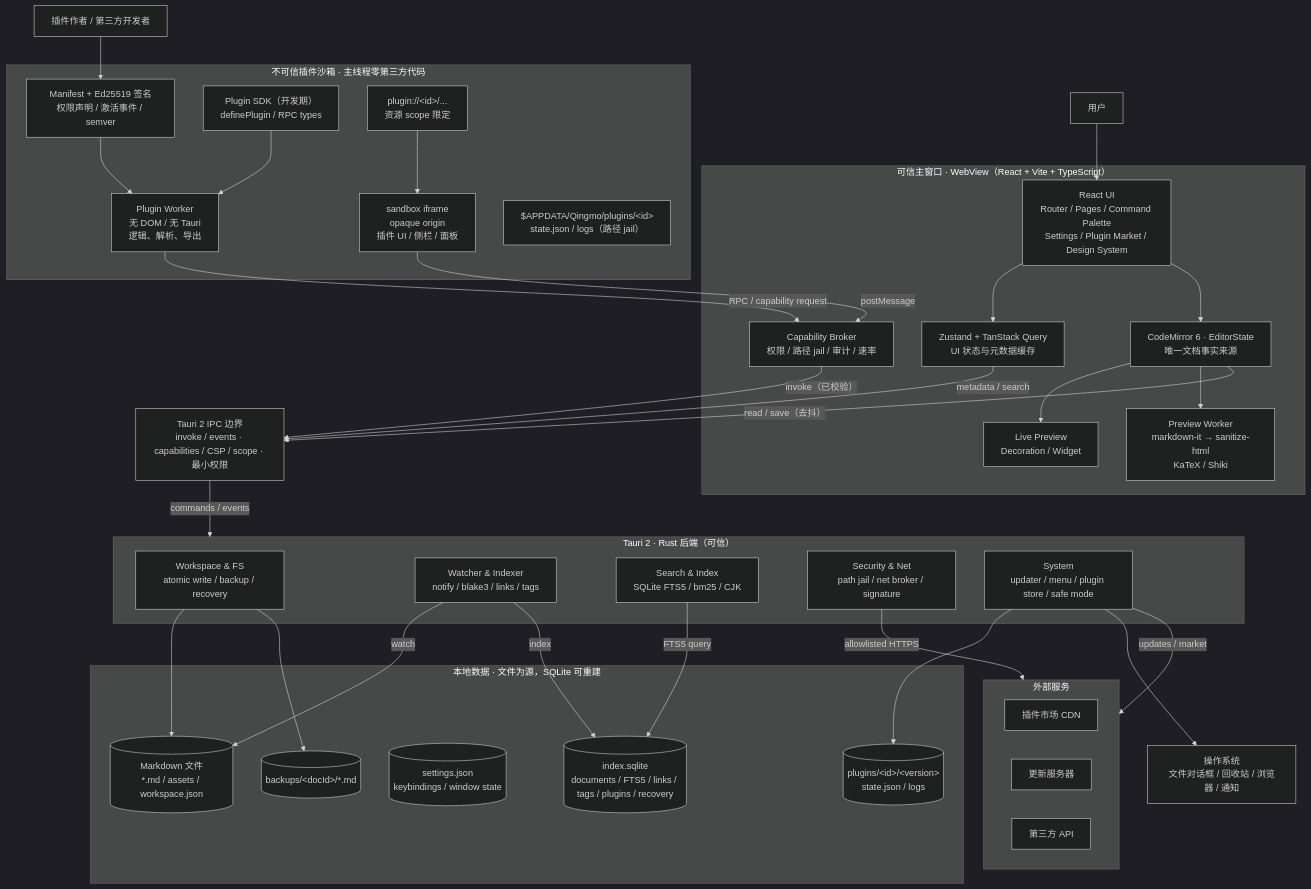
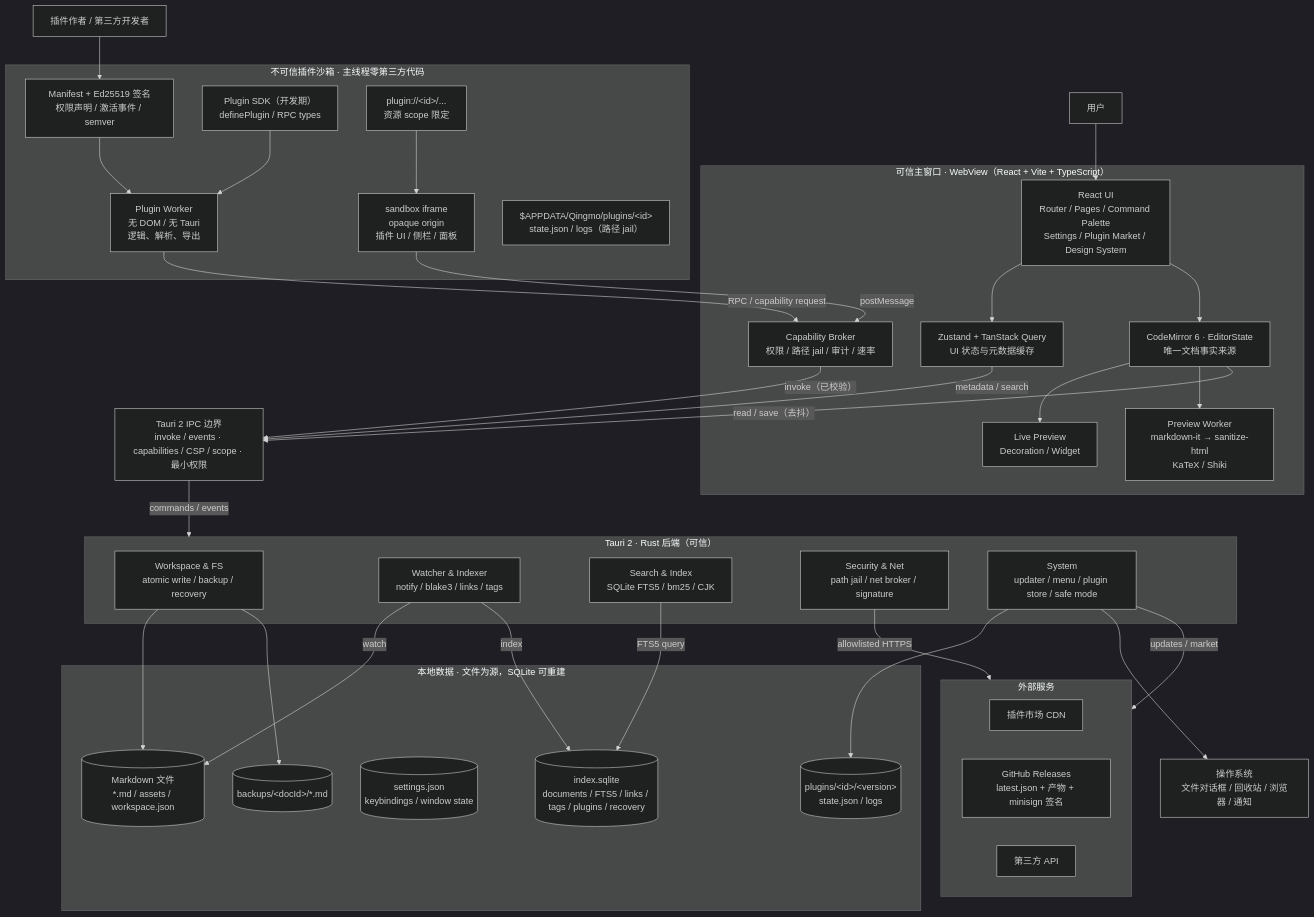
Before and after one commit to wavexzore/Qingmo: the diagram in docs/TOPOLOGY.md, drawn with Mermaid (dark theme). The commit also changed other lines of this file and 87 other files, not shown here.

````diff
--- a/docs/TOPOLOGY.md
+++ b/docs/TOPOLOGY.md
@@ -18,77 +18,77 @@
 ```mermaid
 flowchart TB
 
   subgraph TRUST["可信主窗口 · WebView（React + Vite + TypeScript）"]
     UI["React UI<br/>Router / Pages / Command Palette<br/>Settings / Plugin Market / Design System"]
     ST["Zustand + TanStack Query<br/>UI 状态与元数据缓存"]
     ED["CodeMirror 6 · EditorState<br/>唯一文档事实来源"]
     LP["Live Preview<br/>Decoration / Widget"]
     PW["Preview Worker<br/>markdown-it → sanitize-html<br/>KaTeX / Shiki"]
     BR["Capability Broker<br/>权限 / 路径 jail / 审计 / 速率"]
 
     UI --> ST
     UI --> ED
     ED --> LP
     ED --> PW
   end
 
   subgraph SAND["不可信插件沙箱 · 主线程零第三方代码"]
     WK["Plugin Worker<br/>无 DOM / 无 Tauri<br/>逻辑、解析、导出"]
     IF["sandbox iframe<br/>opaque origin<br/>插件 UI / 侧栏 / 面板"]
     MAN["Manifest + Ed25519 签名<br/>权限声明 / 激活事件 / semver"]
     SDK["Plugin SDK（开发期）<br/>definePlugin / RPC types"]
     ASSET["plugin://&lt;id&gt;/...<br/>资源 scope 限定"]
     PSTAT["$APPDATA/Qingmo/plugins/&lt;id&gt;<br/>state.json / logs（路径 jail）"]
     MAN --> WK
     SDK --> WK
     ASSET --> IF
   end
 
   WK -->|"RPC / capability request"| BR
   IF -->|"postMessage"| BR
 
   IPC["Tauri 2 IPC 边界<br/>invoke / events · capabilities / CSP / scope · 最小权限"]
 
   ED -->|"read / save（去抖）"| IPC
   ST -->|"metadata / search"| IPC
   BR -->|"invoke（已校验）"| IPC
 
   subgraph RUST["Tauri 2 · Rust 后端（可信）"]
     FS["Workspace &amp; FS<br/>atomic write / backup / recovery"]
     WATCH["Watcher &amp; Indexer<br/>notify / blake3 / links / tags"]
     SEARCH["Search &amp; Index<br/>SQLite FTS5 / bm25 / CJK"]
     NET["Security &amp; Net<br/>path jail / net broker / signature"]
     SYS["System<br/>updater / menu / plugin store / safe mode"]
   end
 
   IPC -->|"commands / events"| RUST
 
   subgraph DATA["本地数据 · 文件为源，SQLite 可重建"]
     MD[("Markdown 文件<br/>*.md / assets / workspace.json")]
     DB[("index.sqlite<br/>documents / FTS5 / links / tags / plugins / recovery")]
     CFG[("settings.json<br/>keybindings / window state")]
     PD[("plugins/&lt;id&gt;/&lt;version&gt;<br/>state.json / logs")]
     BK[("backups/&lt;docId&gt;/*.md")]
   end
 
   subgraph EXT["外部服务"]
     MARKET["插件市场 CDN"]
-    UPDATE["更新服务器"]
+    UPDATE["GitHub Releases<br/>latest.json + 产物 + minisign 签名"]
     API["第三方 API"]
   end
 
   OS["操作系统<br/>文件对话框 / 回收站 / 浏览器 / 通知"]
 
   FS --> MD
   WATCH -->|"watch"| MD
   WATCH -->|"index"| DB
   SEARCH -->|"FTS5 query"| DB
   FS --> BK
   SYS --> PD
   SYS -->|"updates / market"| EXT
   NET -->|"allowlisted HTTPS"| EXT
   SYS --> OS
 
   U["用户"] --> UI
   A["插件作者 / 第三方开发者"] --> MAN
 ```
````
